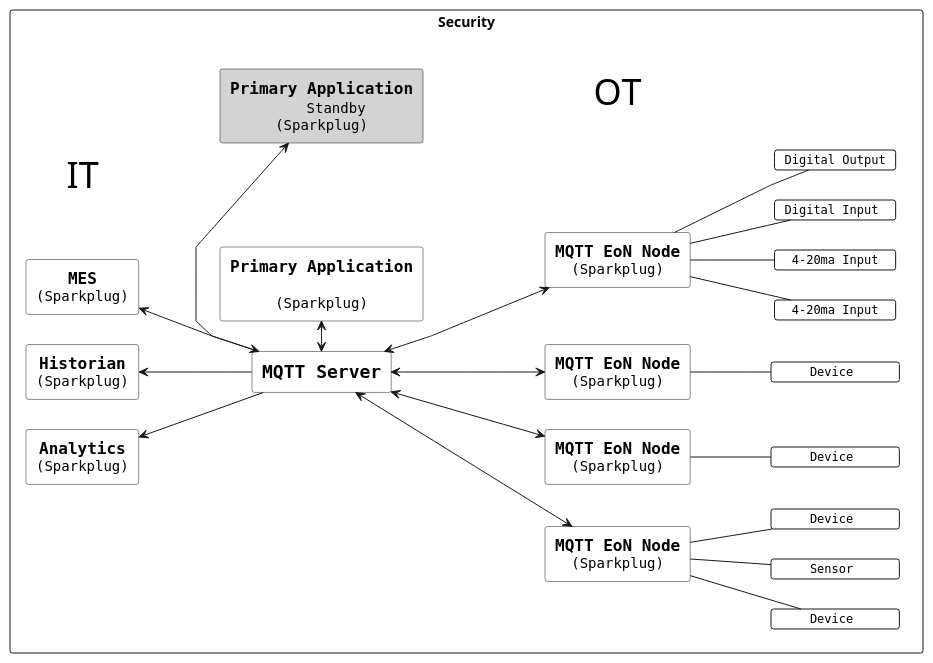
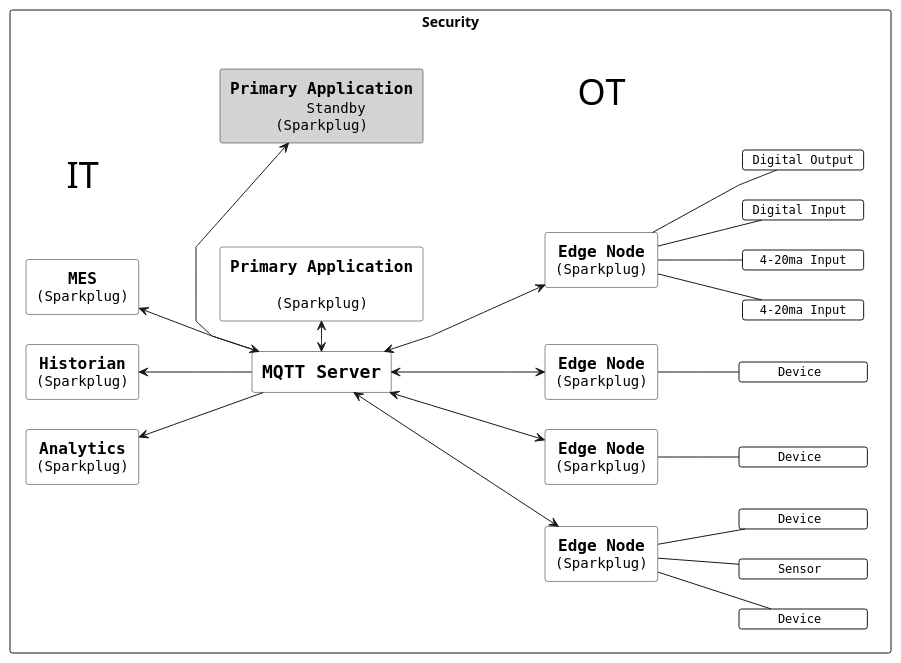
One commit to eclipse-sparkplug/sparkplug changed the diagram in specification/src/main/asciidoc/assets/plantuml/infrastructure-components.puml. Above: the diagram before and after it, drawn with PlantUML. The commit also changed 8 other files, not shown here.

```diff
--- a/specification/src/main/asciidoc/assets/plantuml/infrastructure-components.puml
+++ b/specification/src/main/asciidoc/assets/plantuml/infrastructure-components.puml
@@ -1,182 +1,182 @@
 @startuml
 /'
  ' The "left to right direction" directive below changes how the engine renders the diagram. 
  '  
  ' Since the default layout is "top to bottom", we need to specify directions that take into account
  ' the global change in orientation. So, below, "right" means "up" and "up" means "left".
  '
  ' The order of the associations also influences the rendering order.
  '
  ' Unfortunately, the AsciiDoctor PlantUML plugin dfoes not invoke the PlantUMP pre-processor.
  ' The consequence is that we have lots of redundant markup instead of clean procedures below.
  '/
 left to right direction 
 hide stereotype
 skinparam linetype polyline
 skinparam nodesep 30
 skinparam ranksep 40
 skinparam defaultTextAlignment center
 skinparam monochrome true
 
 skinparam rectangle {
 	BackgroundColor #white
 }
 
 skinparam rectangle<<standby>> {
 	BackgroundColor #lightgrey
 }
 
 skinparam rectangle<<textBlock>> {
 	BackgroundColor #white
 	BorderThickness 0
 	BorderColor transparent
 	FontSize 36
 	Shadowing false
 }
 
 skinparam rectangle<<spacer>> {
 	BackgroundColor #white
 	FontColor #white
 	BorderThickness 0
 	BorderColor transparent
 	FontSize 36
 	Shadowing 0.0
 }
 
 
 skinparam card {
 	BackgroundColor #white
     FontSize 12
     BorderThickness 1
     Padding 0
 }
 
 skinparam package {
     Style rectangle
 }
 
 
 package "Security" {
 
 	together {
 		rectangle SCADA [
 			===""Primary Application""
 	    	"" ""
 			""(Sparkplug)""
 		]
 		rectangle SCADAStandby<<standby>> [
 			===""Primary Application""
 	    	""Standby""
 			""(Sparkplug)""
 		]
 		rectangle MQTTServer [
 			==""MQTT Server""
 		] 
 	}
 	
 	together {
 		rectangle MES [
 		===""MES""
 		""(Sparkplug)""
 		]
 		rectangle Historian [
 		===""Historian""
 		""(Sparkplug)""
 		]
 		rectangle Analytics [
 		===""Analytics""
 		""(Sparkplug)""
 		]
 	}
 	
 	together {
 		rectangle Node1 [
-		===""MQTT EoN Node""
+		===""Edge Node""
 		""(Sparkplug)""
 		]
 		
 		card Node1Device1 [
 			""    Device     ""
 		]
 		card Node1Sensor1 [
 			""    Sensor     ""
 		]
 		card Node1Device2 [
 			""    Device     ""
 		]
 	}
 	
 	together {
 		rectangle Node2 [
-		===""MQTT EoN Node""
+		===""Edge Node""
 		""(Sparkplug)""
 		]	
 		card Node2Device [
 			""    Device     ""
 		]
 	}
 	
 	together {
 		rectangle Node3 [
-		===""MQTT EoN Node""
+		===""Edge Node""
 		""(Sparkplug)""
 		]		
 		card Node3Device [
 			""    Device     ""
 		]
 	}
 	
 	together {
 		rectangle Node4 [
-		===""MQTT EoN Node""
+		===""Edge Node""
 		""(Sparkplug)""
 		]
 		card Node420maInput1 [
 			"" 4-20ma Input ""
 		]
 		card Node420maInput2 [
 			"" 4-20ma Input ""
 		]
 		card Node4DigitalInput [
 			""Digital Input ""
 		]
 		card Node4DigitalOutput [
 			""Digital Output""
 		]
 	}
 	
 	together {
 		rectangle "OT" <<textBlock>> as OT
      	rectangle "IT" <<textBlock>> as IT
 		
 	 }
 	
 	[MQTTServer] <-left--> [SCADAStandby]
 	[MQTTServer] <-right--> [SCADA]
 	
 	[MQTTServer] -up--> [Analytics]
 	[MQTTServer] -up--> [Historian]
 	[MQTTServer] -up--> [MES]
 	
 	[MQTTServer] <-down---> [Node1]
 	[MQTTServer] <-down---> [Node2]
 	[MQTTServer] <-down---> [Node3]
 	[MQTTServer] <-down---> [Node4]
 	
 	[Node1] -down-- [Node1Device1]
 	[Node1] -down-- [Node1Sensor1]
 	[Node1] -down-- [Node1Device2]
 	
 	[Node2] -down-- [Node2Device]
 	
 	[Node3] -down-- [Node3Device]
 	
 	[Node4] -down-- [Node420maInput1]
 	[Node4] -down-- [Node420maInput2]
 	[Node4] -down-- [Node4DigitalInput]
 	[Node4] -down-- [Node4DigitalOutput]
 	
 	[OT] -[hidden]up----- [IT]
 }
 
 @enduml
```
